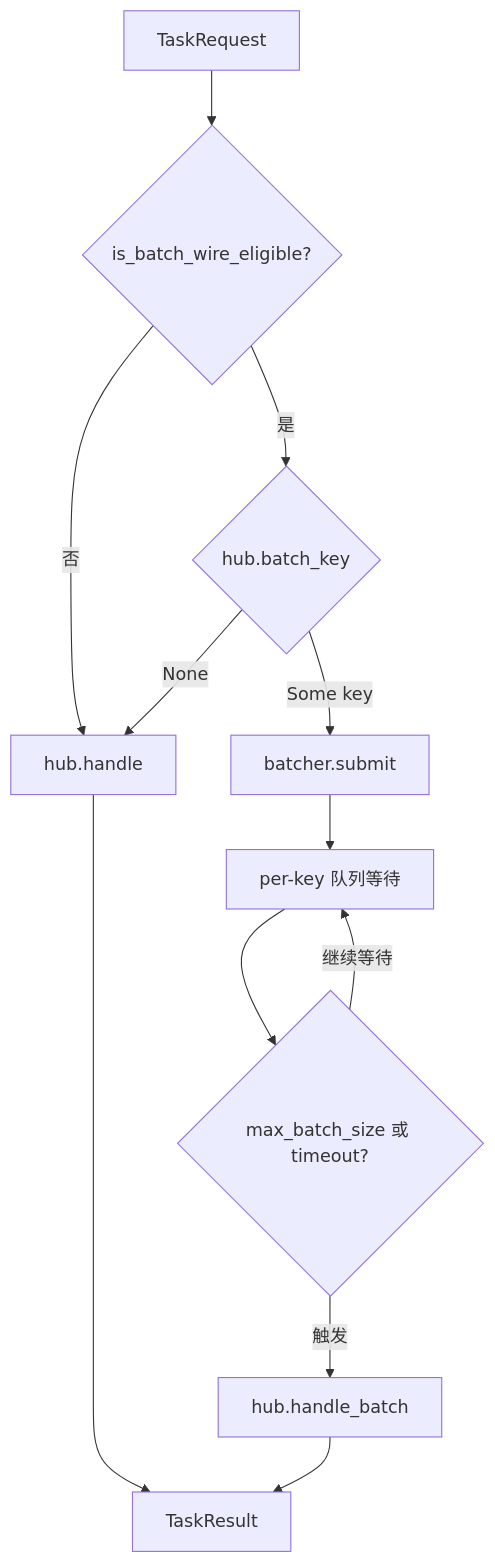
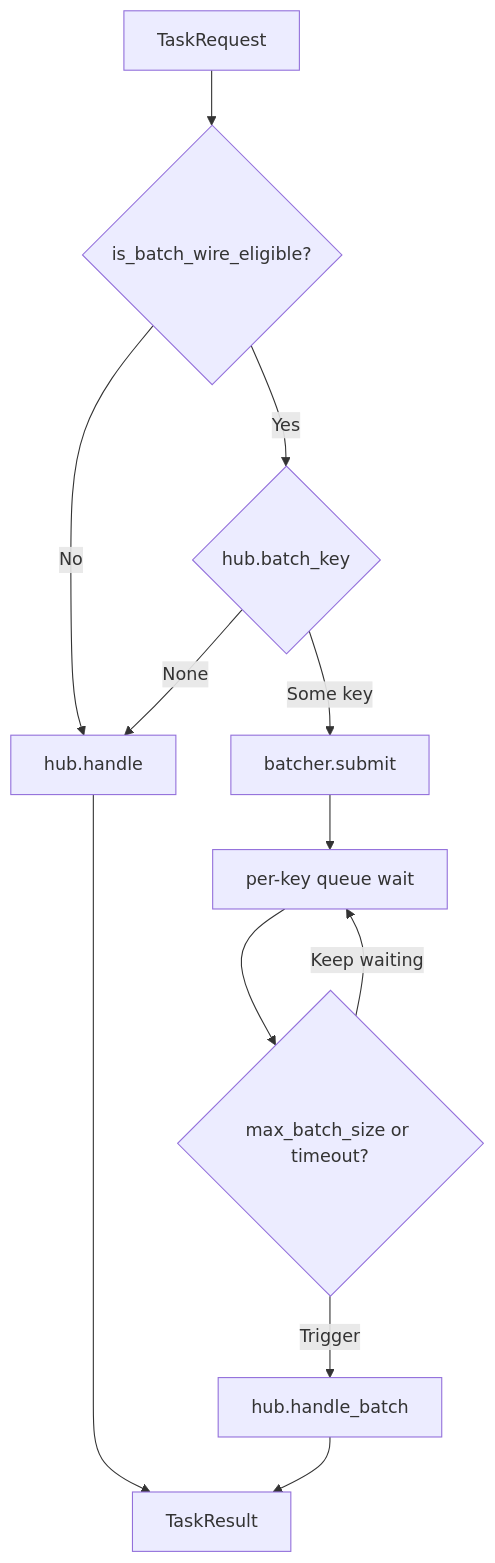
One commit to EdwinZhanCN/Lumen-Hub changed the second of 3 diagrams in docs/docs/architecture/request-lifecycle.md. Above: the diagram before and after it, drawn with Mermaid. The commit also changed other lines of this file and 47 other files, not shown here.

````diff
--- a/docs/docs/architecture/request-lifecycle.md
+++ b/docs/docs/architecture/request-lifecycle.md
@@ -50,14 +50,14 @@
 ```mermaid
 flowchart TD
     A[TaskRequest] --> B{is_batch_wire_eligible?}
-    B -->|否| C[hub.handle]
-    B -->|是| D{hub.batch_key}
+    B -->|No| C[hub.handle]
+    B -->|Yes| D{hub.batch_key}
     D -->|None| C
     D -->|Some key| E[batcher.submit]
-    E --> F[per-key 队列等待]
-    F --> G{max_batch_size 或 timeout?}
-    G -->|触发| H[hub.handle_batch]
-    G -->|继续等待| F
+    E --> F[per-key queue wait]
+    F --> G{max_batch_size or timeout?}
+    G -->|Trigger| H[hub.handle_batch]
+    G -->|Keep waiting| F
     C --> I[TaskResult]
     H --> I
 ```
````
